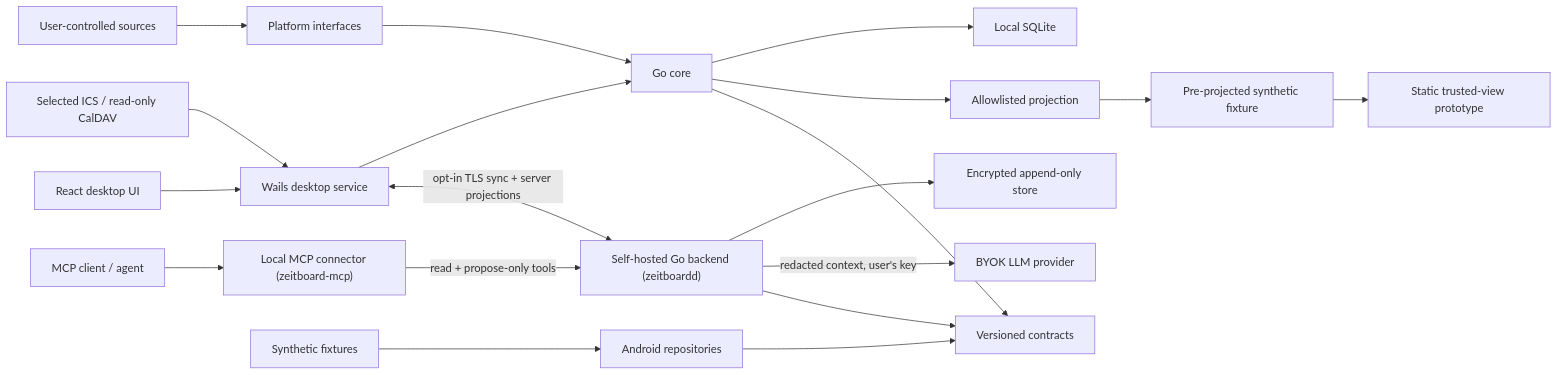
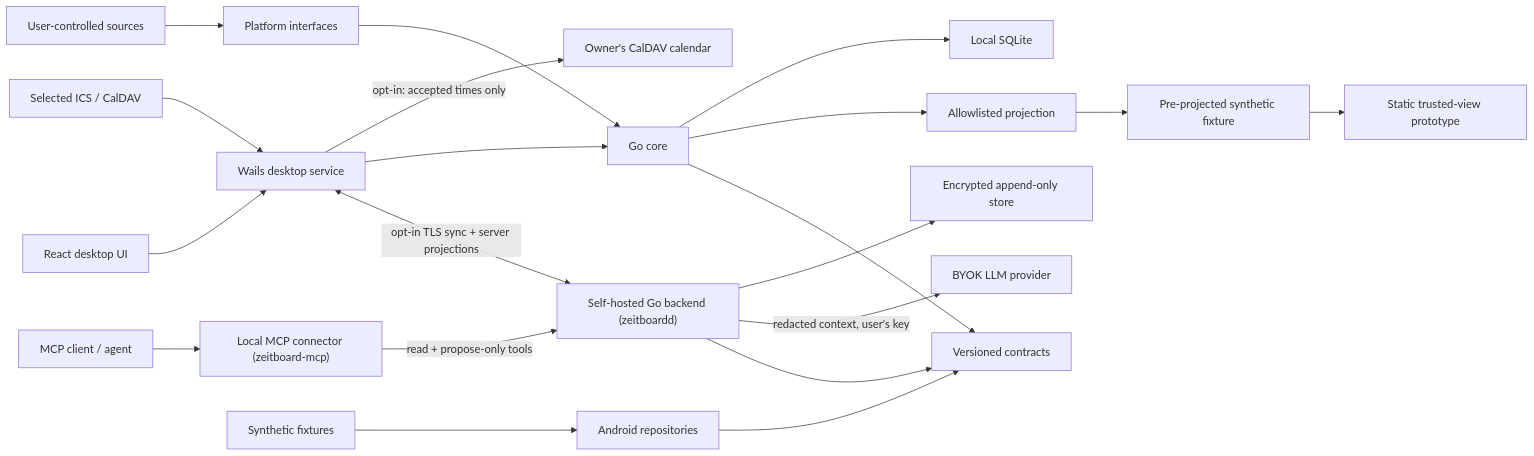
The diagram in docs/architecture.md (wellivea1/ZeitBoard), drawn with Mermaid before and after one commit. The commit also changed other lines of this file and 30 other files, not shown here.

First line of the commit message:
Accepted times can be written to the owner's CalDAV calendar (ADR-0053)

````diff
--- a/docs/architecture.md
+++ b/docs/architecture.md
@@ -22,21 +22,22 @@
 ```mermaid
 flowchart LR
   Sources["User-controlled sources"] --> Interfaces["Platform interfaces"]
-  CalendarSources["Selected ICS / read-only CalDAV"] --> Desktop
+  CalendarSources["Selected ICS / CalDAV"] --> Desktop
+  Desktop -->|"opt-in: accepted times only"| OwnerCalendar["Owner's CalDAV calendar"]
   Interfaces --> Core["Go core"]
   Core --> SQLite["Local SQLite"]
   Core --> Projection["Allowlisted projection"]
   Desktop["Wails desktop service"] --> Core
   DesktopUI["React desktop UI"] --> Desktop
   Desktop <-->|"opt-in TLS sync + server projections"| Server["Self-hosted Go backend (zeitboardd)"]
   Server --> ServerStore["Encrypted append-only store"]
   Server -->|"redacted context, user's key"| LLM["BYOK LLM provider"]
   MCP["Local MCP connector (zeitboard-mcp)"] -->|"read + propose-only tools"| Server
   Agent["MCP client / agent"] --> MCP
   Android["Android repositories"] --> Contracts["Versioned contracts"]
   Fixtures["Synthetic fixtures"] --> Android
   Projection --> TrustedFixture["Pre-projected synthetic fixture"]
   TrustedFixture --> TrustedWeb["Static trusted-view prototype"]
   Core --> Contracts
   Server --> Contracts
 ```
````
